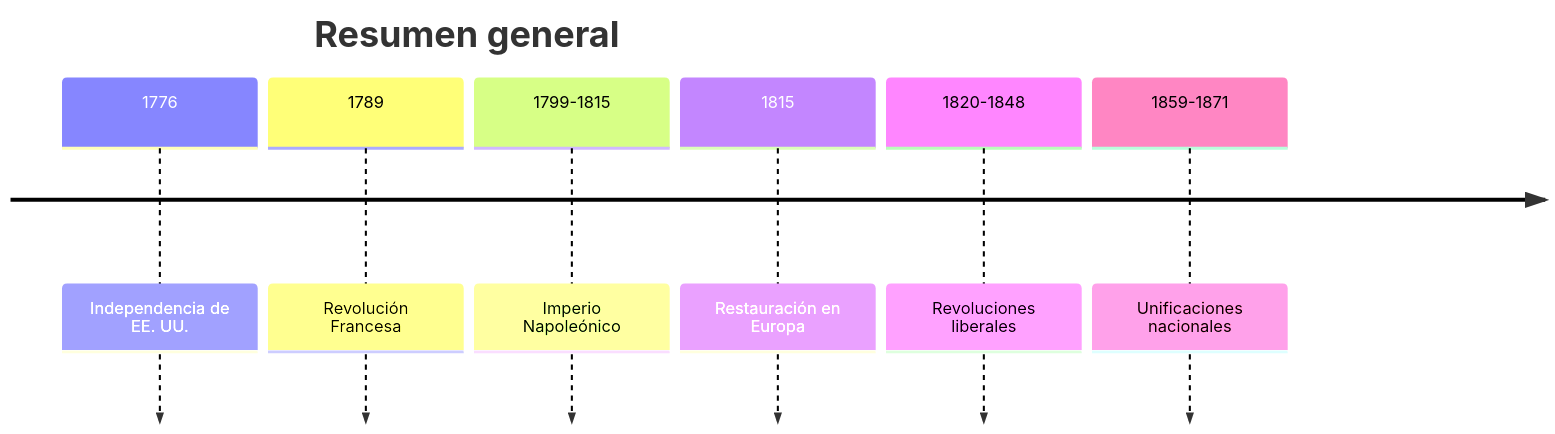
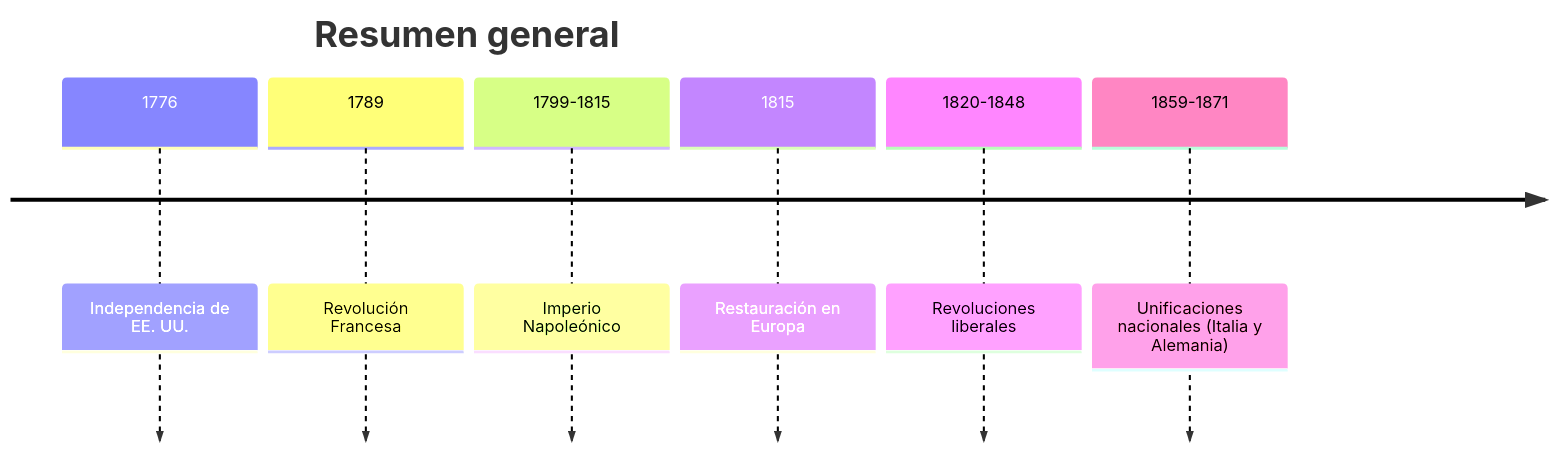
One commit to ajab138/OscarColegio changed the first of 10 diagrams in Historia y Geografia/Tema2. Las revoluciones liberales.md. Above: the diagram before and after it, drawn with Mermaid. The commit also changed other lines of this file, not shown here.

````diff
--- a/Historia y Geografia/Tema2. Las revoluciones liberales.md
+++ b/Historia y Geografia/Tema2. Las revoluciones liberales.md
@@ -2,10 +2,10 @@
 ```mermaid
 timeline
   title Resumen general
   1776 : Independencia de EE. UU.
   1789 : Revolución Francesa
   1799-1815 : Imperio Napoleónico
   1815 : Restauración en Europa
   1820-1848 : Revoluciones liberales
-  1859-1871 : Unificaciones nacionales
+  1859-1871 : Unificaciones nacionales (Italia y Alemania)
 ```
````
